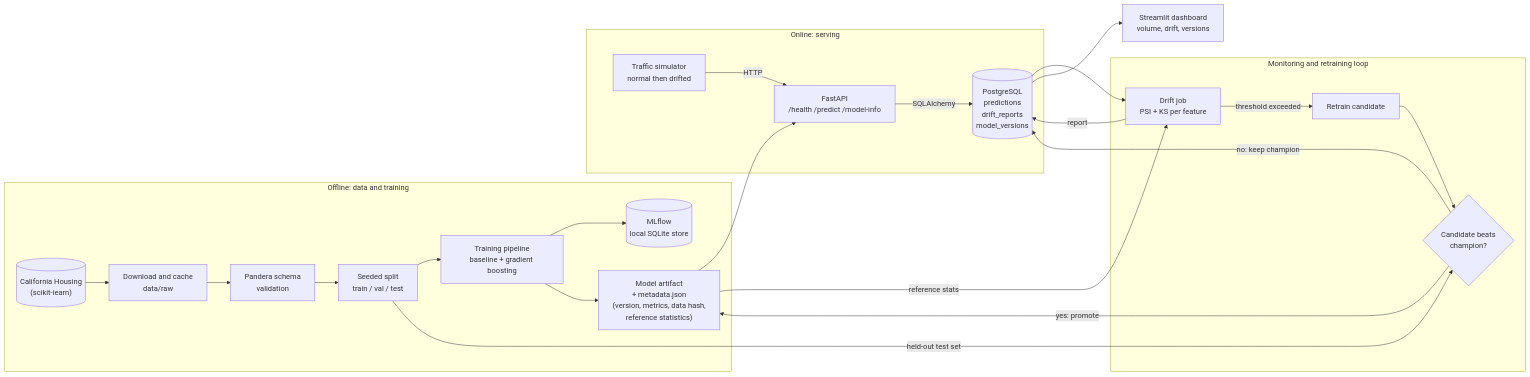
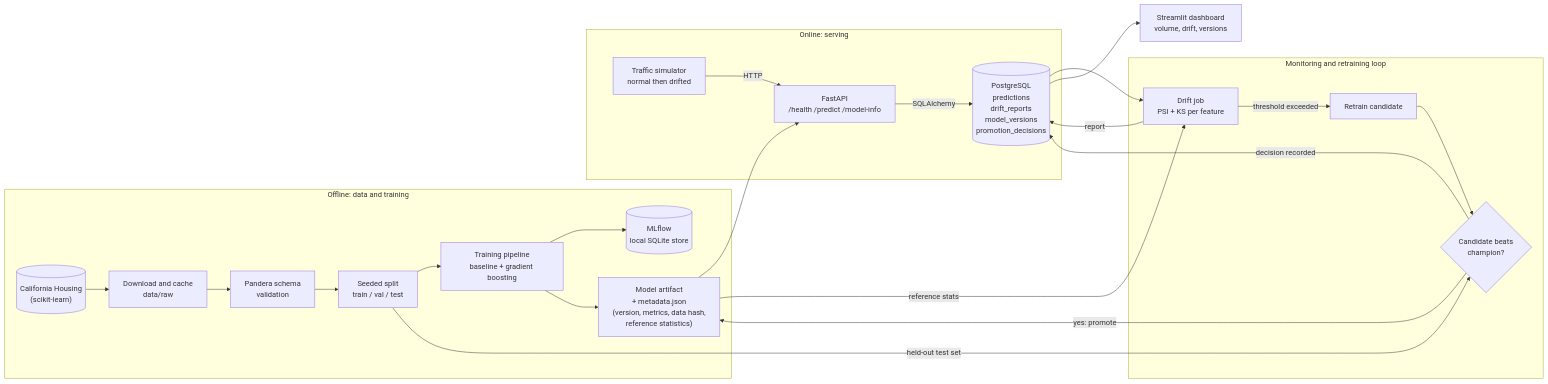
One commit to hasrax/california-housing-mlops changed the first of 2 diagrams in docs/architecture.md. Above: the diagram before and after it, drawn with Mermaid. The commit also changed other lines of this file and 2 other files, not shown here.

Commit message:
docs: add phase 5 notes and update architecture

````diff
--- a/docs/architecture.md
+++ b/docs/architecture.md
@@ -32,30 +32,30 @@
 ```mermaid
 flowchart LR
     subgraph offline["Offline: data and training"]
         DS[("California Housing<br/>(scikit-learn)")] --> DL["Download and cache<br/>data/raw"]
         DL --> VAL["Pandera schema<br/>validation"]
         VAL --> SPLIT["Seeded split<br/>train / val / test"]
         SPLIT --> TRAIN["Training pipeline<br/>baseline + gradient boosting"]
         TRAIN --> MLF[("MLflow<br/>local SQLite store")]
         TRAIN --> ART["Model artifact<br/>+ metadata.json<br/>(version, metrics, data hash,<br/>reference statistics)"]
     end
 
     subgraph online["Online: serving"]
         ART --> API["FastAPI<br/>/health /predict /model-info"]
         SIM["Traffic simulator<br/>normal then drifted"] -->|HTTP| API
-        API -->|SQLAlchemy| DB[("PostgreSQL<br/>predictions<br/>drift_reports<br/>model_versions")]
+        API -->|SQLAlchemy| DB[("PostgreSQL<br/>predictions<br/>drift_reports<br/>model_versions<br/>promotion_decisions")]
     end
 
     subgraph loop["Monitoring and retraining loop"]
         DB --> DRIFT["Drift job<br/>PSI + KS per feature"]
         ART -->|reference stats| DRIFT
         DRIFT -->|report| DB
         DRIFT -->|threshold exceeded| RETRAIN["Retrain candidate"]
         SPLIT -->|held-out test set| GATE{"Candidate beats<br/>champion?"}
         RETRAIN --> GATE
         GATE -->|yes: promote| ART
-        GATE -->|no: keep champion| DB
+        GATE -->|decision recorded| DB
     end
 
     DB --> DASH["Streamlit dashboard<br/>volume, drift, versions"]
 ```
````
